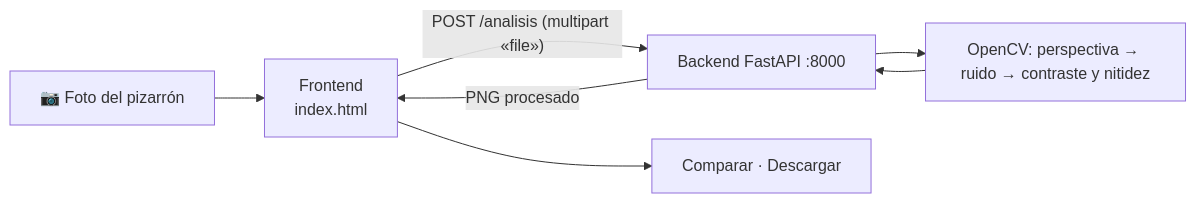
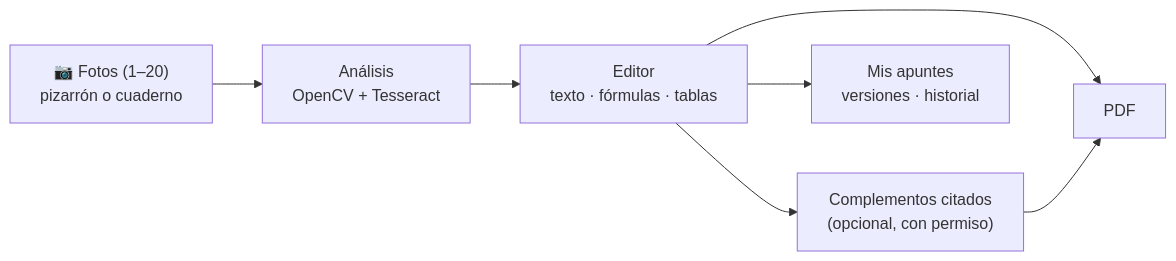
The diagram in README.md (I-Yane-I/ApuntIA), drawn with Mermaid before and after one commit. The commit also changed other lines of this file and 7 other files, not shown here.

````diff
--- a/README.md
+++ b/README.md
@@ -12,9 +8,9 @@
 ```mermaid
 flowchart LR
-    U["📷 Foto del pizarrón"] --> F["Frontend<br/>index.html"]
-    F -- "POST /analisis (multipart «file»)" --> B["Backend FastAPI :8000"]
-    B --> P["OpenCV: perspectiva → ruido → contraste y nitidez"]
-    P --> B
-    B -- "PNG procesado" --> F
-    F --> R["Comparar · Descargar"]
+    F["📷 Fotos (1–20)<br/>pizarrón o cuaderno"] --> A["Análisis<br/>OpenCV + Tesseract"]
+    A --> E["Editor<br/>texto · fórmulas · tablas"]
+    E --> C["Complementos citados<br/>(opcional, con permiso)"]
+    E --> P["PDF"]
+    C --> P
+    E --> H["Mis apuntes<br/>versiones · historial"]
 ```
````
